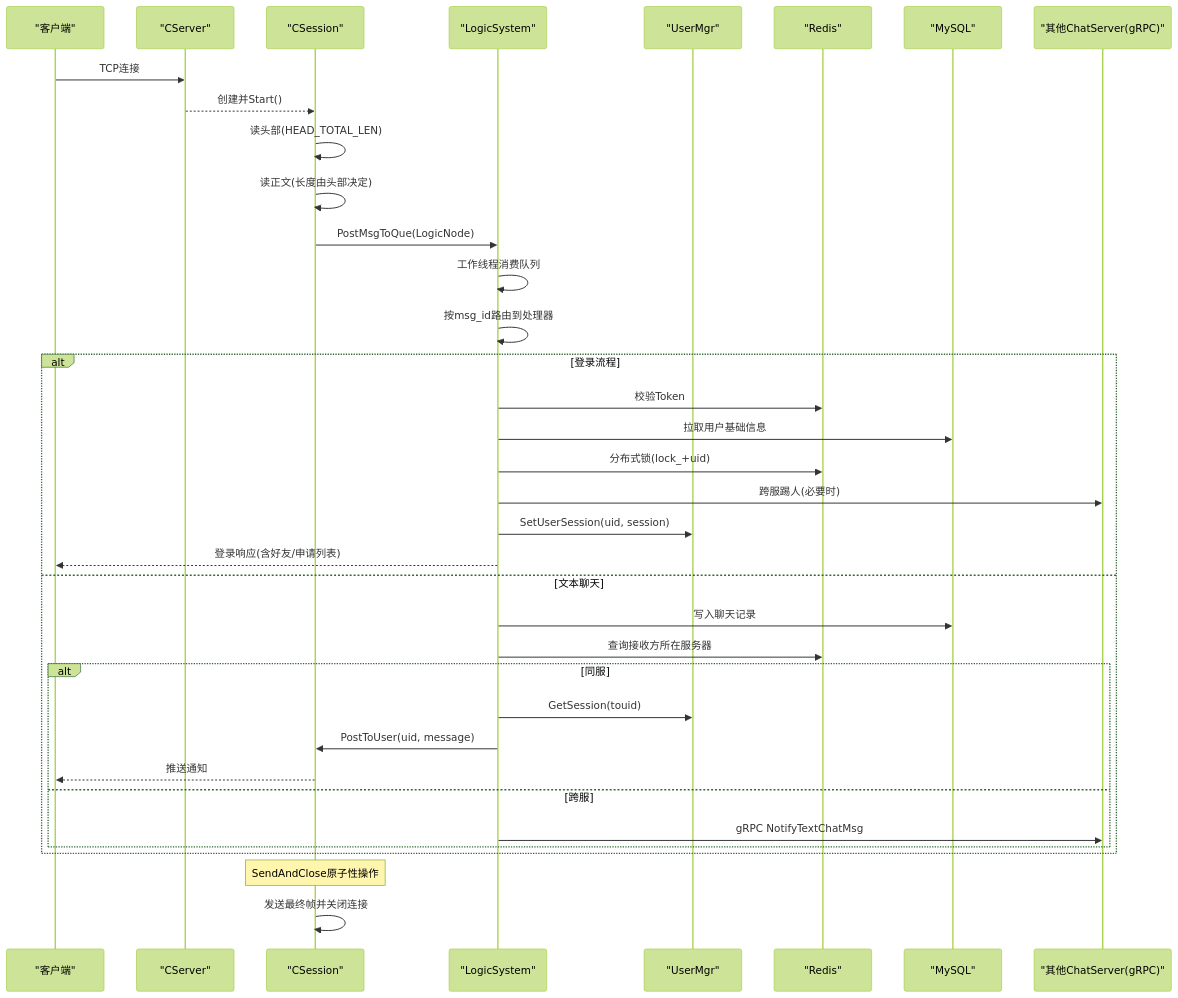
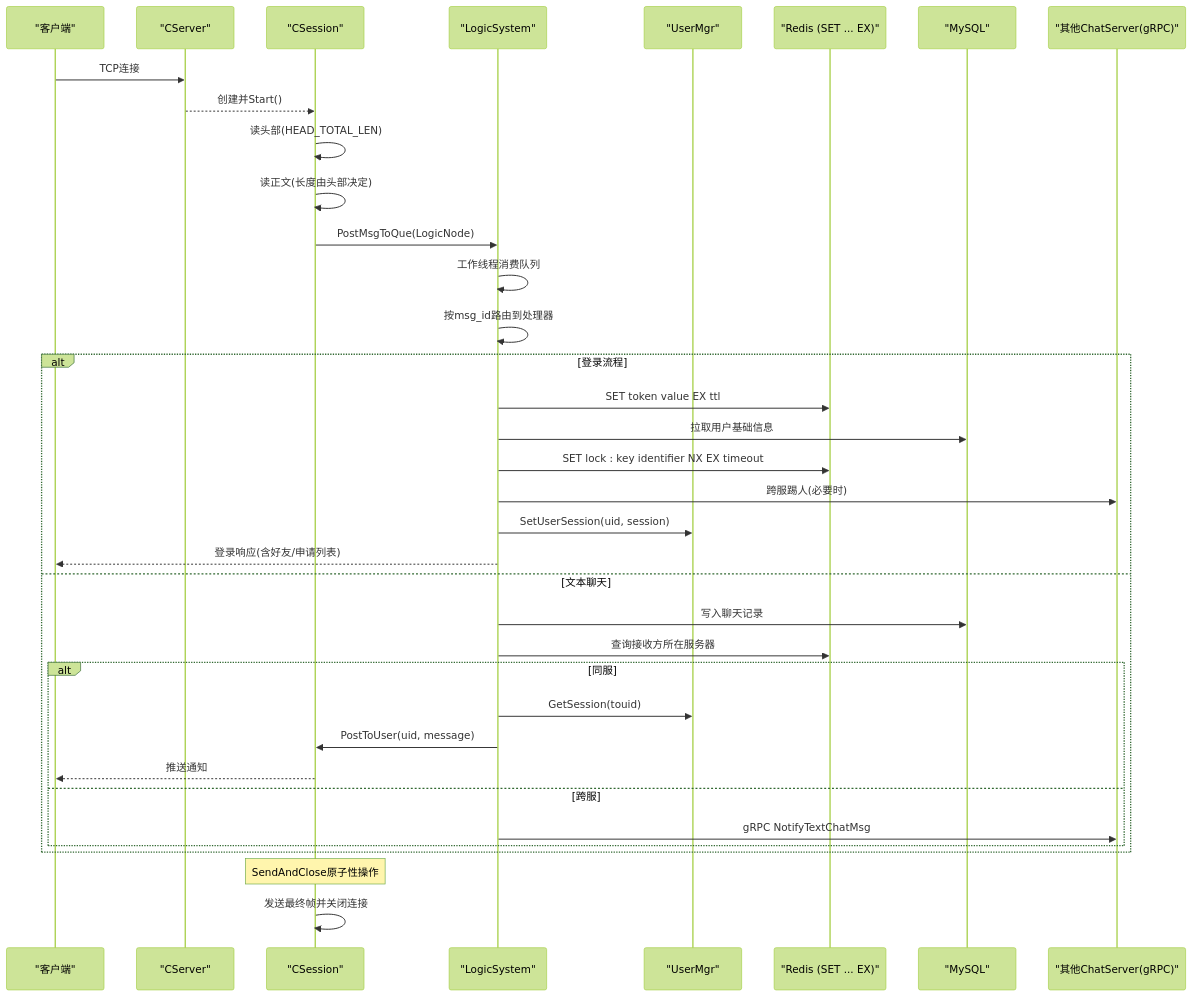
One commit to echo9923/mychatter changed the second of 8 diagrams in .qoder/repowiki/zh/content/服务端开发/ChatServer聊天核心服务/ChatServer聊天核心服务.md. Above: the diagram before and after it, drawn with Mermaid (forest theme). The commit also changed other lines of this file and 58 other files, not shown here.

````diff
--- a/.qoder/repowiki/zh/content/服务端开发/ChatServer聊天核心服务/ChatServer聊天核心服务.md
+++ b/.qoder/repowiki/zh/content/服务端开发/ChatServer聊天核心服务/ChatServer聊天核心服务.md
@@ -102,38 +110,38 @@
 ```mermaid
 sequenceDiagram
 participant Client as "客户端"
 participant Server as "CServer"
 participant Session as "CSession"
 participant Logic as "LogicSystem"
 participant UMgr as "UserMgr"
-participant Redis as "Redis"
+participant Redis as "Redis (SET ... EX)"
 participant DB as "MySQL"
 participant Peer as "其他ChatServer(gRPC)"
 Client->>Server : TCP连接
 Server-->>Session : 创建并Start()
 Session->>Session : 读头部(HEAD_TOTAL_LEN)
 Session->>Session : 读正文(长度由头部决定)
 Session->>Logic : PostMsgToQue(LogicNode)
 Logic->>Logic : 工作线程消费队列
 Logic->>Logic : 按msg_id路由到处理器
 alt 登录流程
-Logic->>Redis : 校验Token
+Logic->>Redis : SET token value EX ttl
 Logic->>DB : 拉取用户基础信息
-Logic->>Redis : 分布式锁(lock_+uid)
+Logic->>Redis : SET lock : key identifier NX EX timeout
 Logic->>Peer : 跨服踢人(必要时)
 Logic->>UMgr : SetUserSession(uid, session)
 Logic-->>Client : 登录响应(含好友/申请列表)
 else 文本聊天
 Logic->>DB : 写入聊天记录
 Logic->>Redis : 查询接收方所在服务器
 alt 同服
 Logic->>UMgr : GetSession(touid)
 Logic->>Session : PostToUser(uid, message)
 Session-->>Client : 推送通知
 else 跨服
 Logic->>Peer : gRPC NotifyTextChatMsg
 end
 end
 Note over Session : SendAndClose原子性操作
 Session->>Session : 发送最终帧并关闭连接
 ```
````
